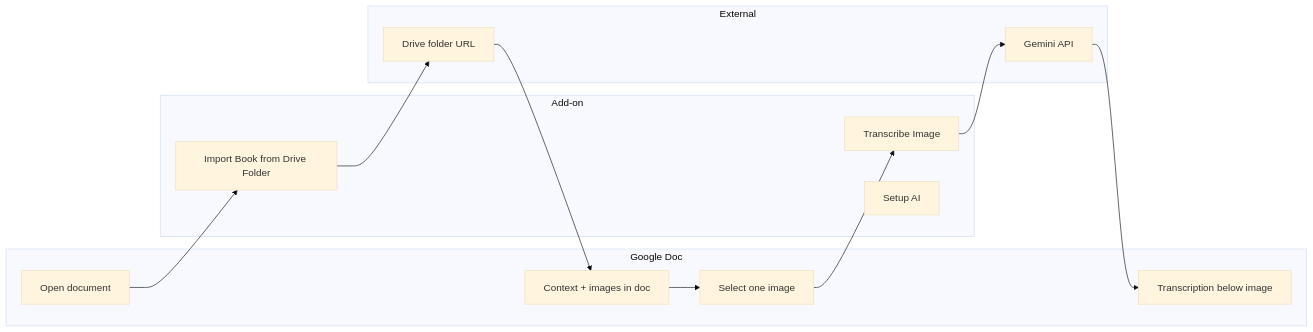
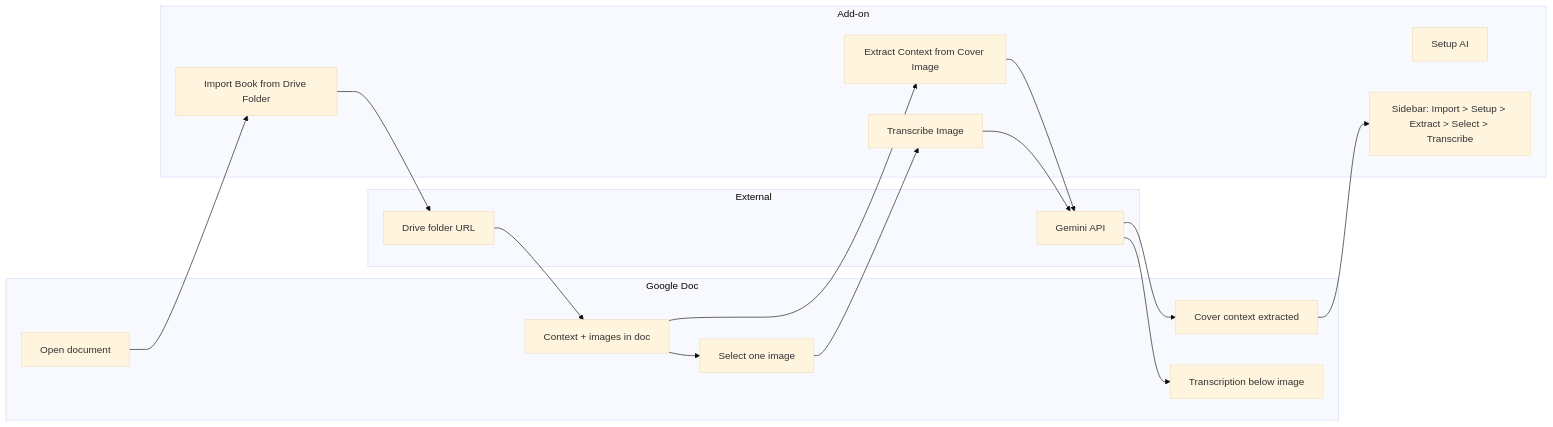
Before and after one commit to dekochka/geneascript-gdoc-addon: the diagram in README.md, drawn with Mermaid (base theme). The commit also changed other lines of this file and 6 other files, not shown here.

````diff
--- a/README.md
+++ b/README.md
@@ -19,25 +19,32 @@
 ```mermaid
 flowchart LR
   subgraph doc [Google Doc]
     OpenDoc[Open document]
     ContextImages[Context + images in doc]
+    CoverContext[Cover context extracted]
     SelectImage[Select one image]
     Transcription[Transcription below image]
   end
   subgraph addon [Add-on]
     ImportMenu["Import Book from Drive Folder"]
+    ExtractMenu["Extract Context from Cover Image"]
     TranscribeMenu["Transcribe Image"]
     SetupMenu["Setup AI"]
+    Sidebar["Sidebar: Import > Setup > Extract > Select > Transcribe"]
   end
   subgraph external [External]
     DriveFolder[Drive folder URL]
     Gemini[Gemini API]
   end
   OpenDoc --> ImportMenu
   ImportMenu --> DriveFolder
   DriveFolder --> ContextImages
+  ContextImages --> ExtractMenu
+  ExtractMenu --> Gemini
+  Gemini --> CoverContext
+  CoverContext --> Sidebar
   ContextImages --> SelectImage
   SelectImage --> TranscribeMenu
   TranscribeMenu --> Gemini
   Gemini --> Transcription
 ```
````
